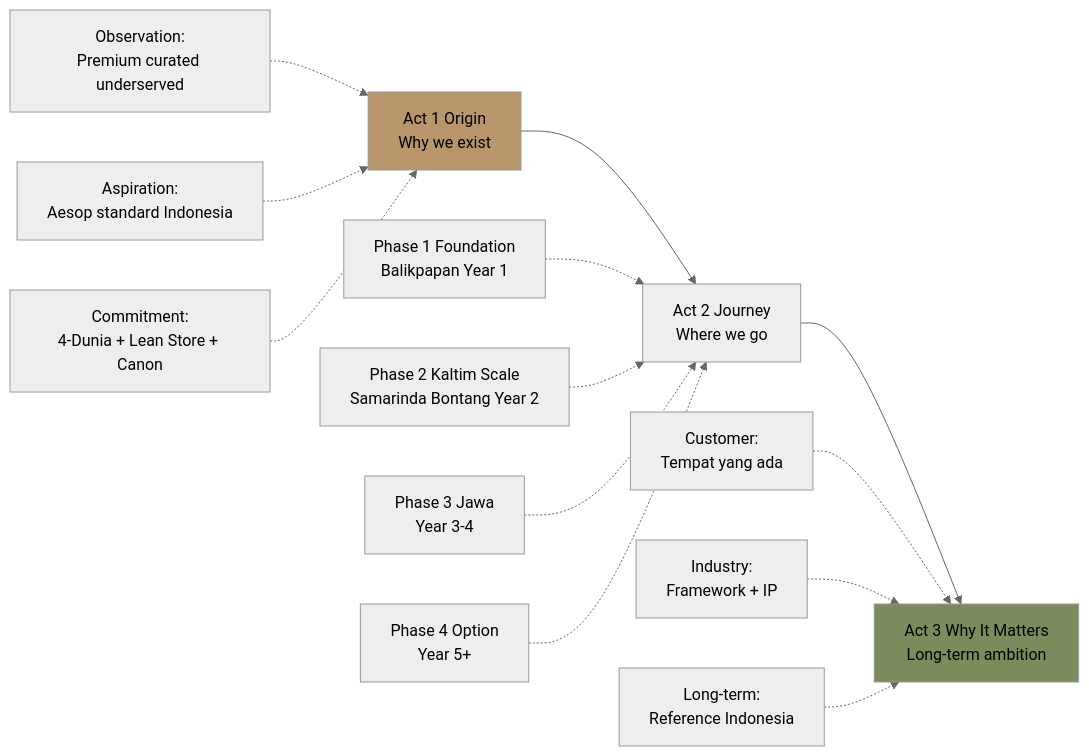
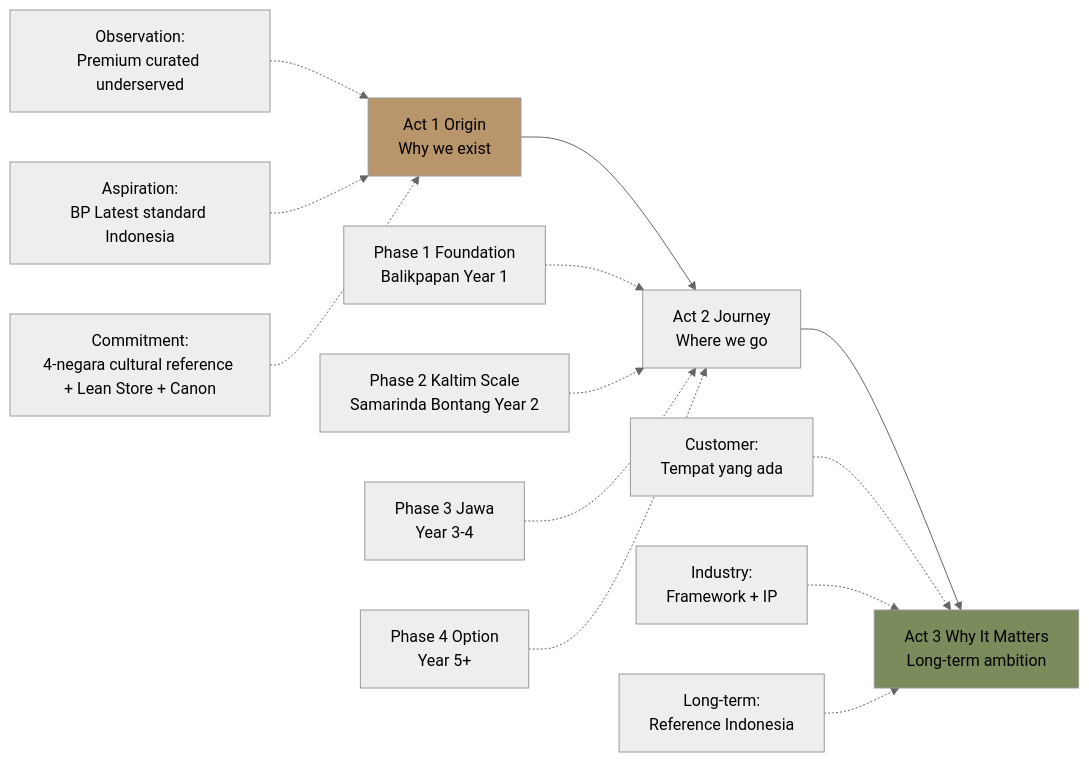
Before and after one commit to MahewAi/Mahew: the first of 2 diagrams in librechat-deploy/skills/atmaja/strategic-narrative.md, drawn with Mermaid (neutral theme). The commit also changed other lines of this file and 80 other files, not shown here.

````diff
--- a/librechat-deploy/skills/atmaja/strategic-narrative.md
+++ b/librechat-deploy/skills/atmaja/strategic-narrative.md
@@ -358,21 +358,21 @@
 ```mermaid
 flowchart LR
     A[Act 1 Origin<br/>Why we exist] --> B[Act 2 Journey<br/>Where we go]
     B --> C[Act 3 Why It Matters<br/>Long-term ambition]
     
     A1[Observation:<br/>Premium curated underserved] -.-> A
-    A2[Aspiration:<br/>Aesop standard Indonesia] -.-> A
-    A3[Commitment:<br/>4-Dunia + Lean Store + Canon] -.-> A
+    A2[Aspiration:<br/>BP Latest standard Indonesia] -.-> A
+    A3[Commitment:<br/>4-negara cultural reference + Lean Store + Canon] -.-> A
     
     B1[Phase 1 Foundation<br/>Balikpapan Year 1] -.-> B
     B2[Phase 2 Kaltim Scale<br/>Samarinda Bontang Year 2] -.-> B
     B3[Phase 3 Jawa<br/>Year 3-4] -.-> B
     B4[Phase 4 Option<br/>Year 5+] -.-> B
     
     C1[Customer:<br/>Tempat yang ada] -.-> C
     C2[Industry:<br/>Framework + IP] -.-> C
     C3[Long-term:<br/>Reference Indonesia] -.-> C
     
     style A fill:#B8956B
     style C fill:#7A8B5C
 ```
````
